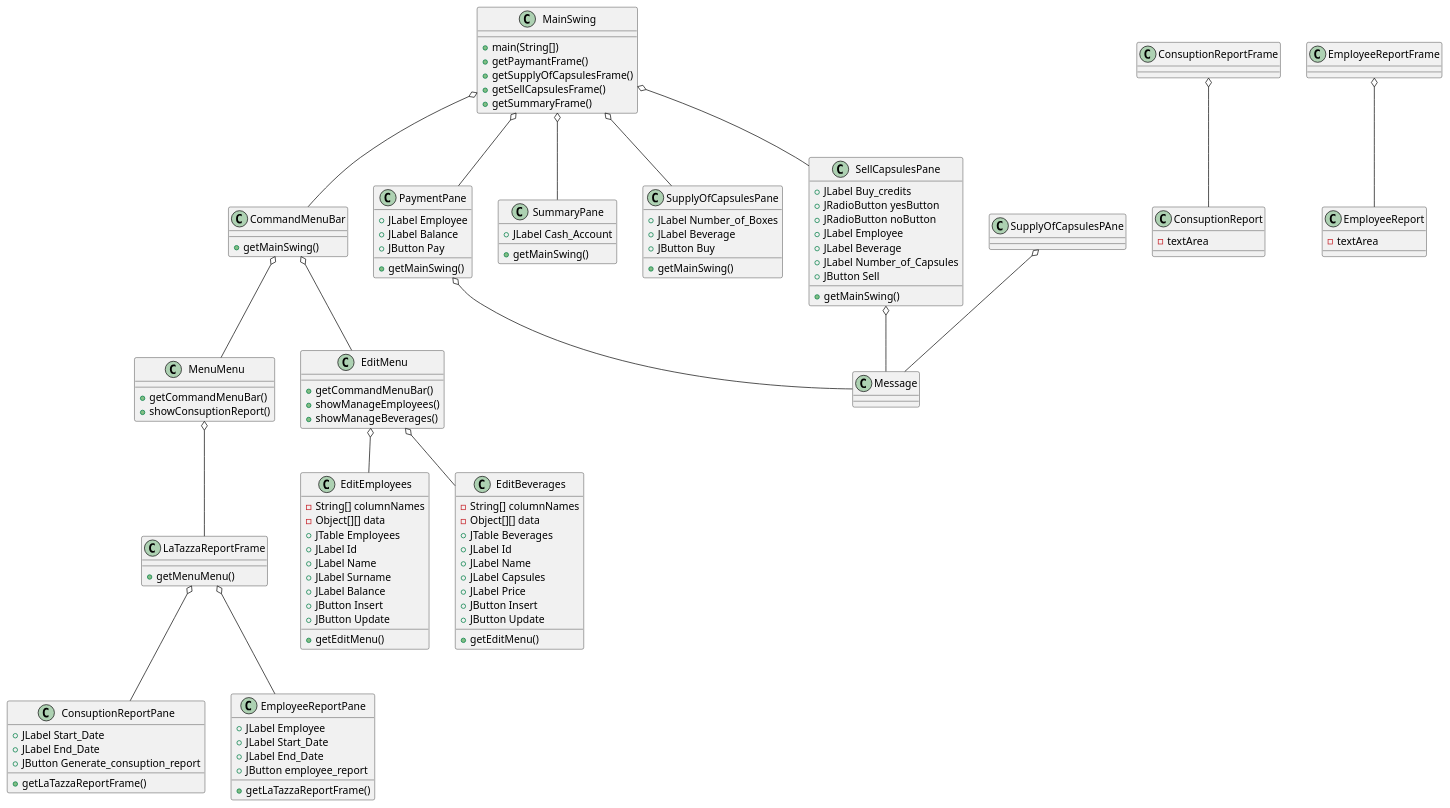
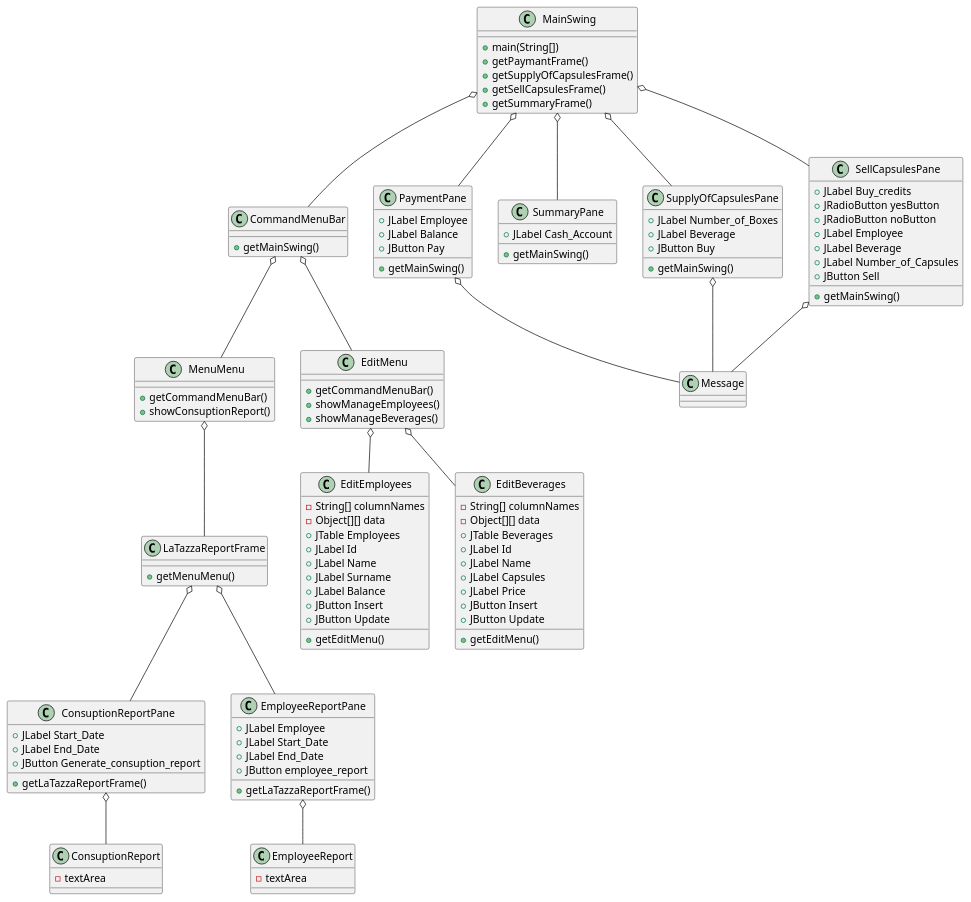
The fifth of 7 diagrams in templates/DesignDocumentTemplate.md (salvatore-dimartino/LaTazza), drawn with PlantUML before and after one commit.

````diff
--- a/templates/DesignDocumentTemplate.md
+++ b/templates/DesignDocumentTemplate.md
@@ -410,11 +410,11 @@
 MenuMenu o-- LaTazzaReportFrame
 LaTazzaReportFrame o-- ConsuptionReportPane
 LaTazzaReportFrame o-- EmployeeReportPane
-ConsuptionReportFrame o-- ConsuptionReport
-EmployeeReportFrame o-- EmployeeReport
+ConsuptionReportPane o-- ConsuptionReport
+EmployeeReportPane o-- EmployeeReport
 
 PaymentPane o-- Message
-SupplyOfCapsulesPAne o-- Message
+SupplyOfCapsulesPane o-- Message
 SellCapsulesPane o-- Message
 @enduml
 ```
````
